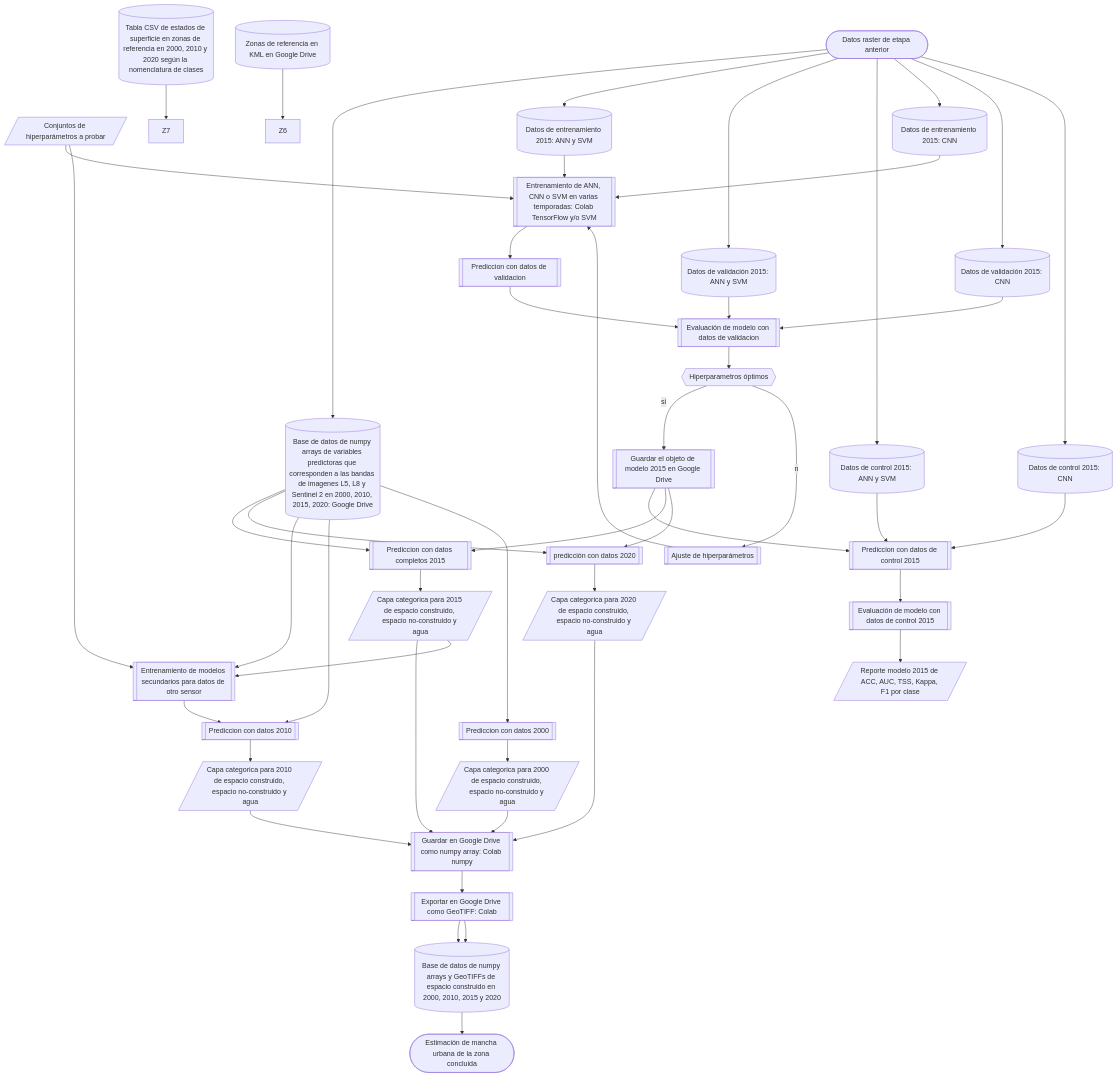
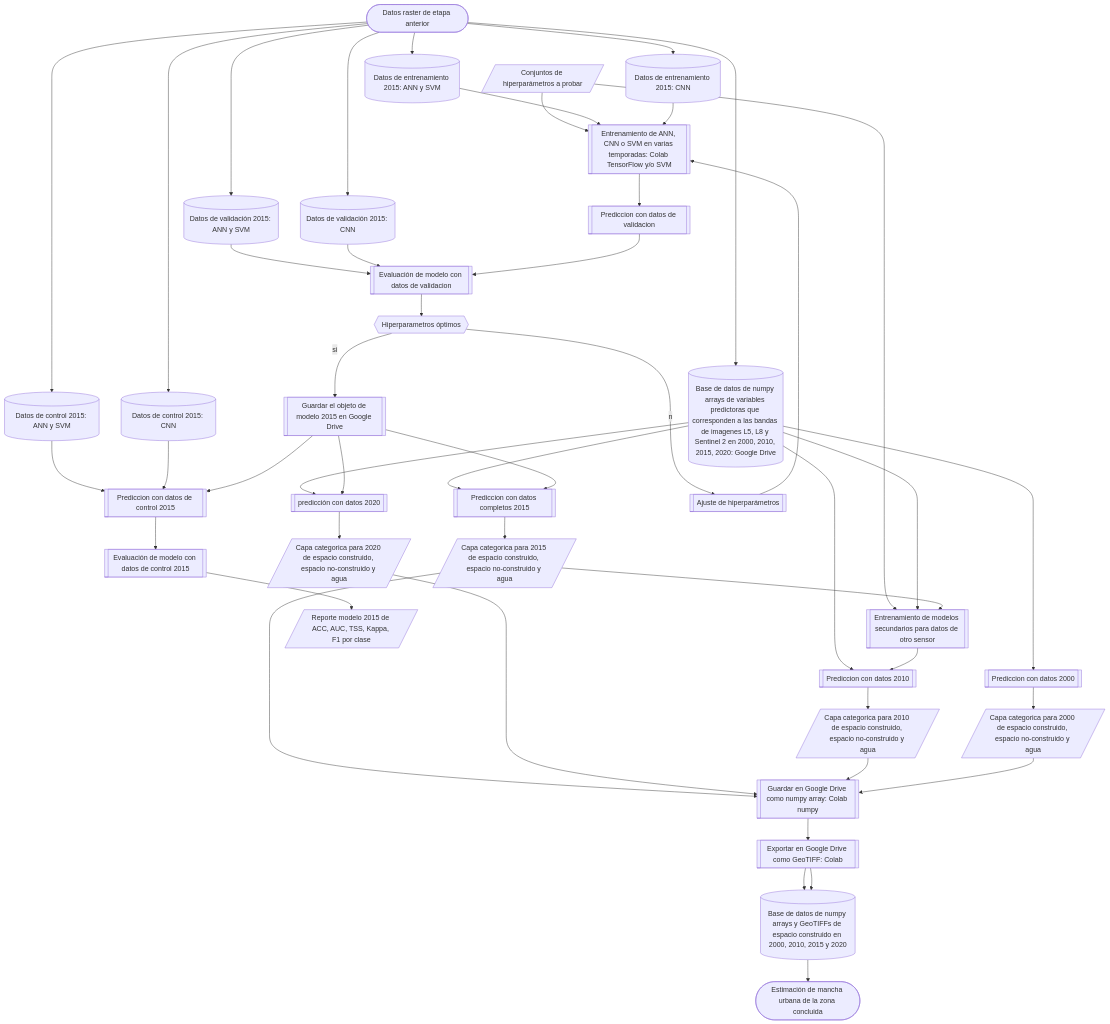
The diagram in AUEM/Esquemas/Esquema_de_procesos_2.mermaid (vshalisko/GEE), drawn with Mermaid before and after one commit.

```diff
--- a/AUEM/Esquemas/Esquema_de_procesos_2.mermaid
+++ b/AUEM/Esquemas/Esquema_de_procesos_2.mermaid
@@ -1,70 +1,66 @@
 flowchart TD
 
   H1[/Conjuntos de hiperparámetros a probar/]
   H1-->ANN1
   H1-->MODEL8
 
   START([Datos raster de etapa anterior])
   START-->E3A
   START-->F2A
   START-->F2B
   START-->F2C
   START-->F3A
   START-->F3B
   START-->F3C
 
   E3A[(Base de datos de numpy arrays de variables predictoras que corresponden a las bandas de imagenes L5, L8 y Sentinel 2 en 2000, 2010, 2015, 2020: Google Drive)]
   E3A-->MODEL4
   E3A-->MODEL6
   E3A-->MODEL8
   E3A-->MODEL9
   E3A-->MODEL10
 
   F2A[(Datos de entrenamiento 2015: ANN y SVM)]
   F2A-->ANN1
   F2B[(Datos de validación 2015: ANN y SVM)]
   F2B-->ANN3
   F2C[(Datos de control 2015: ANN y SVM)]
   F2C-->MODEL2
   F3A[(Datos de entrenamiento 2015: CNN)]
   F3A-->ANN1
   F3B[(Datos de validación 2015: CNN)]
   F3B-->ANN3
   F3C[(Datos de control 2015: CNN)]
   F3C-->MODEL2
-  B8[(Tabla CSV de estados de superficie en zonas de referencia en 2000, 2010 y 2020 según la nomenclatura de clases)]
-  B8-->Z7
-  B6[(Zonas de referencia en KML en Google Drive)]
-  B6-->Z6
 
   ANN1[[Entrenamiento de ANN, CNN o SVM en varias temporadas: Colab TensorFlow y/o SVM]]-->ANN2
   ANN2[[Prediccion con datos de validacion]]-->ANN3
   ANN3[[Evaluación de modelo con datos de validacion]]-->ANN4
   ANN4{{Hiperparametros óptimos}}--si-->MODEL1
   ANN4--no-->ANN4A
   ANN4A[[Ajuste de hiperparámetros]]-->ANN1
  
   MODEL1[[Guardar el objeto de modelo 2015 en Google Drive]]-->MODEL2
   MODEL1-->MODEL4
   MODEL1-->MODEL6
   MODEL2[[Prediccion con datos de control 2015]]-->MODEL3
   MODEL3[[Evaluación de modelo con datos de control 2015]]-->MODEL3A
   MODEL3A[/Reporte modelo 2015 de ACC, AUC, TSS, Kappa, F1 por clase/]
   MODEL4[[Prediccion con datos completos 2015]]-->MODEL5
   MODEL5[/Capa categorica para 2015 de espacio construido, espacio no-construido y agua/]-->Z1
   MODEL5-->MODEL8
   MODEL6[[predicción con datos 2020]]-->MODEL6A
   MODEL6A[/Capa categorica para 2020 de espacio construido, espacio no-construido y agua/]-->Z1
 
   MODEL8[[Entrenamiento de modelos secundarios para datos de otro sensor]]-->MODEL9
   MODEL9[[Prediccion con datos 2010]]-->MODEL9A
   MODEL9A[/Capa categorica para 2010 de espacio construido, espacio no-construido y agua/]-->Z1
   MODEL10[[Prediccion con datos 2000]]-->MODEL10A
   MODEL10A[/Capa categorica para 2000 de espacio construido, espacio no-construido y agua/]-->Z1
 
   Z1[[Guardar en Google Drive como numpy array: Colab numpy]]-->Z2
   Z2[[Exportar en Google Drive como GeoTIFF: Colab]]-->Z4
   Z2-->Z4
   Z4[(Base de datos de numpy arrays y GeoTIFFs de espacio construido en 2000, 2010, 2015 y 2020)]-->END
 
   END([Estimación de mancha urbana de la zona concluida])
```
